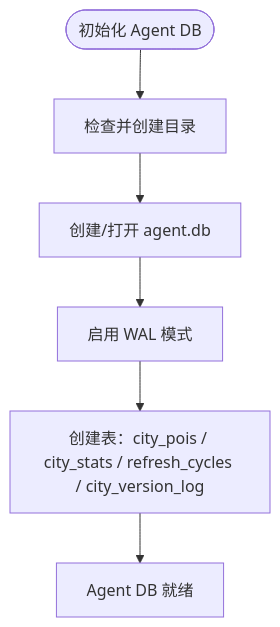
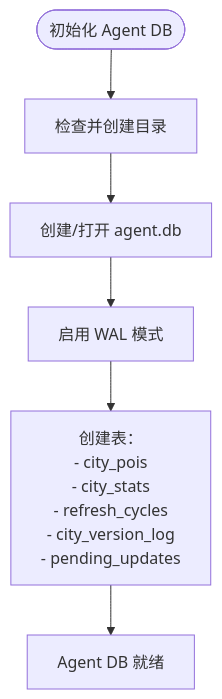
One commit to ititjjy/AITrip-plan changed the fourth of 11 diagrams in .qoder/repowiki/zh/content/AI数据采集系统/数据库管理.md. Above: the diagram before and after it, drawn with Mermaid. The commit also changed other lines of this file and 25 other files, not shown here.

````diff
--- a/.qoder/repowiki/zh/content/AI数据采集系统/数据库管理.md
+++ b/.qoder/repowiki/zh/content/AI数据采集系统/数据库管理.md
@@ -249,8 +274,8 @@
 ```mermaid
 flowchart TD
 Start(["初始化 Agent DB"]) --> CheckDir["检查并创建目录"]
 CheckDir --> NewDB["创建/打开 agent.db"]
 NewDB --> EnableWAL["启用 WAL 模式"]
-EnableWAL --> CreateTables["创建表：city_pois / city_stats / refresh_cycles / city_version_log"]
+EnableWAL --> CreateTables["创建表：<br/>- city_pois<br/>- city_stats<br/>- refresh_cycles<br/>- city_version_log<br/>- pending_updates"]
 CreateTables --> Ready["Agent DB 就绪"]
 ```
````
